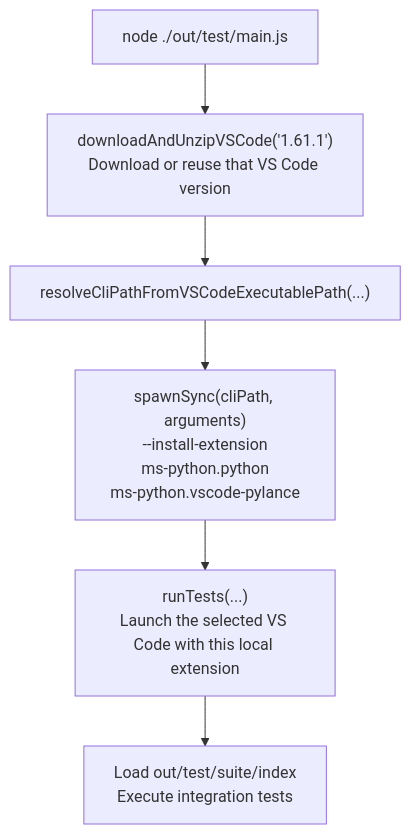
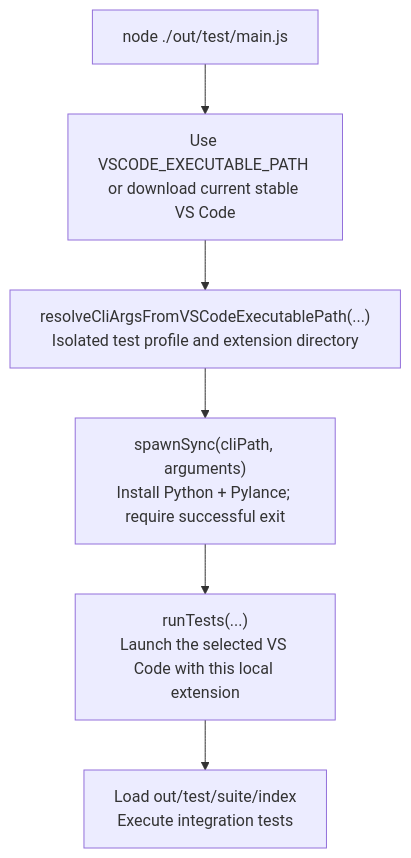
The fifth of 5 diagrams in docs/architecture-and-development.md (itnccuong/SourceCodeVisualizer), drawn with Mermaid before and after one commit. The commit also changed other lines of this file and 46 other files, not shown here.

````diff
--- a/docs/architecture-and-development.md
+++ b/docs/architecture-and-development.md
@@ -294,11 +297,11 @@
 ```mermaid
 flowchart TD
     A["node ./out/test/main.js"]
-    B["downloadAndUnzipVSCode('1.61.1')<br/>Download or reuse that VS Code version"]
-    C["resolveCliPathFromVSCodeExecutablePath(...)"]
-    D["spawnSync(cliPath, arguments)<br/>--install-extension<br/>ms-python.python<br/>ms-python.vscode-pylance"]
+    B["Use VSCODE_EXECUTABLE_PATH or download current stable VS Code"]
+    C["resolveCliArgsFromVSCodeExecutablePath(...)<br/>Isolated test profile and extension directory"]
+    D["spawnSync(cliPath, arguments)<br/>Install Python + Pylance; require successful exit"]
     E["runTests(...)<br/>Launch the selected VS Code with this local extension"]
     F["Load out/test/suite/index<br/>Execute integration tests"]
 
     A --> B --> C --> D --> E --> F
 ```
````
